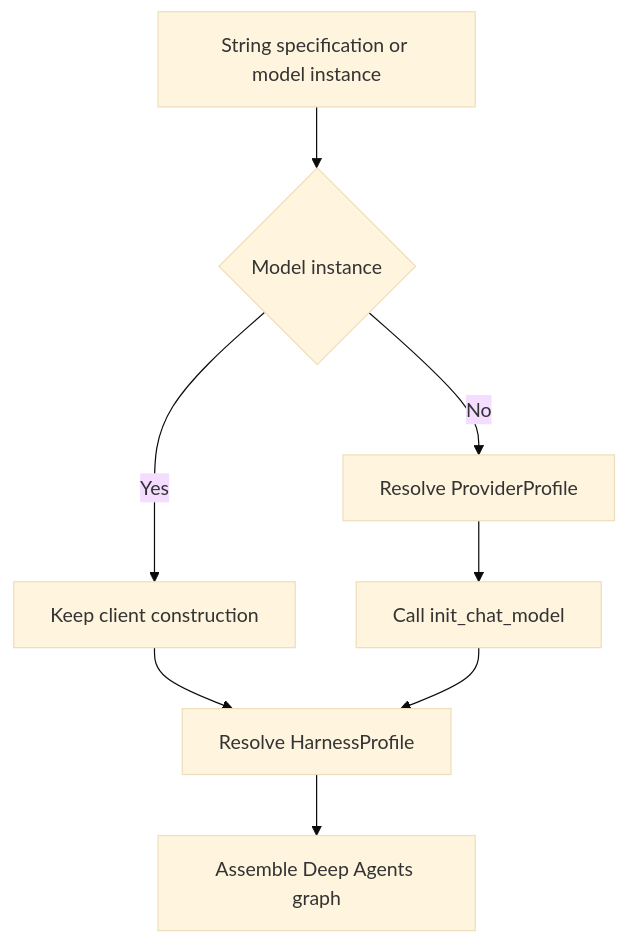
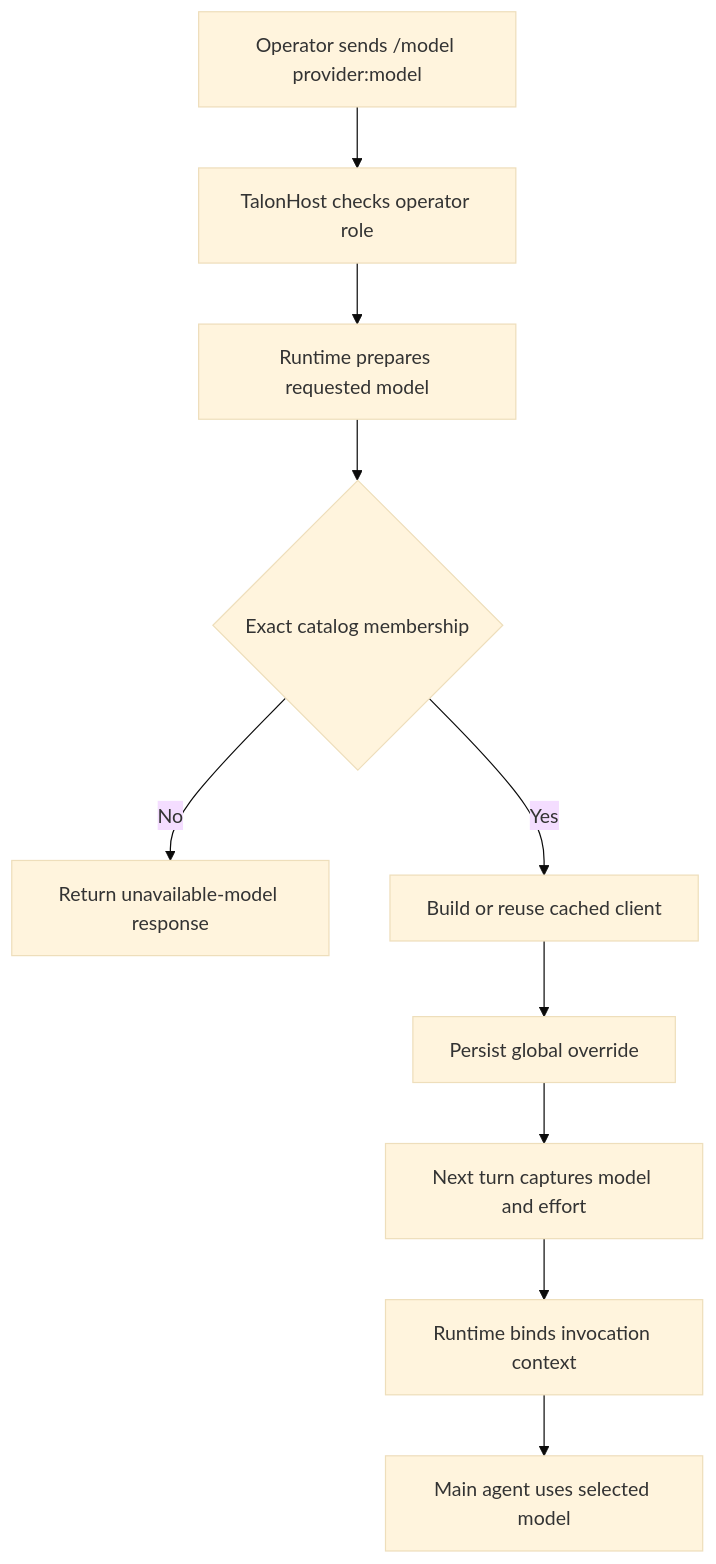
One commit to langchain-ai/deepagents changed the first of 2 diagrams in openwiki/concepts/profiles-models.md. Above: the diagram before and after it, drawn with Mermaid (base theme). The commit also changed other lines of this file and 25 other files, not shown here.

````diff
--- a/openwiki/concepts/profiles-models.md
+++ b/openwiki/concepts/profiles-models.md
@@ -67,10 +44,12 @@
 ```mermaid
 flowchart TD
-    Input["String specification or model instance"] --> Existing{"Model instance"}
-    Existing -->|Yes| Retain["Keep client construction"]
-    Existing -->|No| Provider["Resolve ProviderProfile"]
-    Provider --> Build["Call init_chat_model"]
-    Retain --> Harness["Resolve HarnessProfile"]
-    Build --> Harness
-    Harness --> Graph["Assemble Deep Agents graph"]
+    Command["Operator sends /model provider:model"] --> Host["TalonHost checks operator role"]
+    Host --> Runtime["Runtime prepares requested model"]
+    Runtime --> Admit{"Exact catalog membership"}
+    Admit -->|No| Reject["Return unavailable-model response"]
+    Admit -->|Yes| Build["Build or reuse cached client"]
+    Build --> Save["Persist global override"]
+    Save --> Capture["Next turn captures model and effort"]
+    Capture --> Bind["Runtime binds invocation context"]
+    Bind --> Graph["Main agent uses selected model"]
 ```
````
